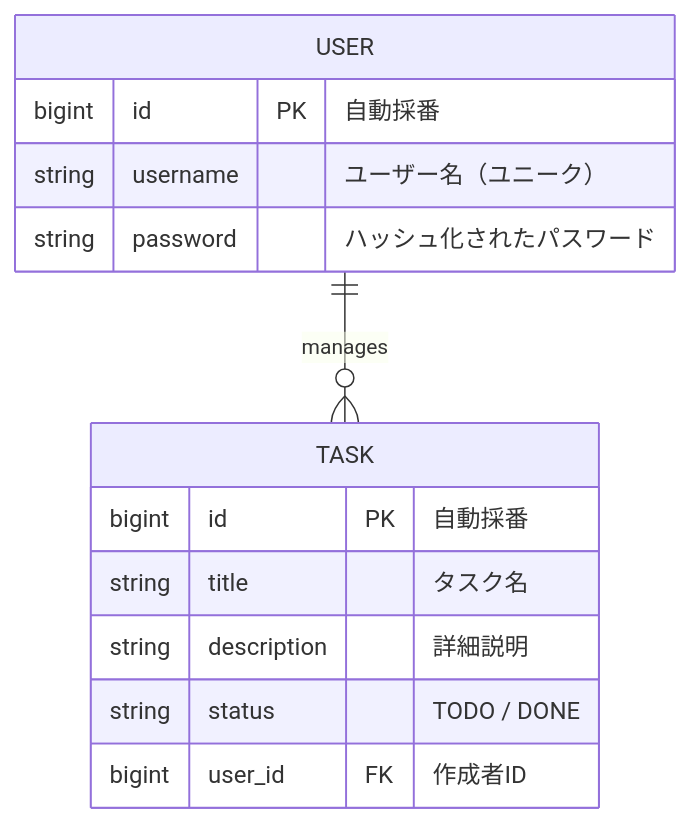
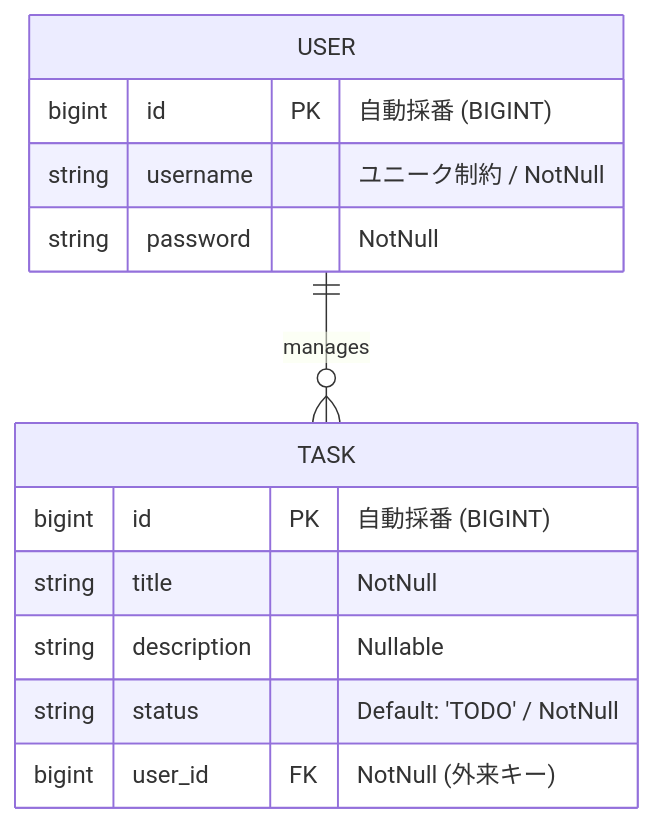
Before and after one commit to pepepki/task-knowledge-management: the first of 2 diagrams in README.md, drawn with Mermaid. The commit also changed other lines of this file, not shown here.

Commit message:
Sprint5：ユーザーに応じたタスクの表示

````diff
--- a/README.md
+++ b/README.md
@@ -34,19 +34,19 @@
 ```mermaid
 erDiagram
     USER ||--o{ TASK : "manages"
     
     USER {
-        bigint id PK "自動採番"
-        string username "ユーザー名（ユニーク）"
-        string password "ハッシュ化されたパスワード"
+        bigint id PK "自動採番 (BIGINT)"
+        string username "ユニーク制約 / NotNull"
+        string password "NotNull"
     }
 
     TASK {
-        bigint id PK "自動採番"
-        string title "タスク名"
-        string description "詳細説明"
-        string status "TODO / DONE"
-        bigint user_id FK "作成者ID"
+        bigint id PK "自動採番 (BIGINT)"
+        string title "NotNull"
+        string description "Nullable"
+        string status "Default: 'TODO' / NotNull"
+        bigint user_id FK "NotNull (外来キー)"
     }
 
 ```
````
